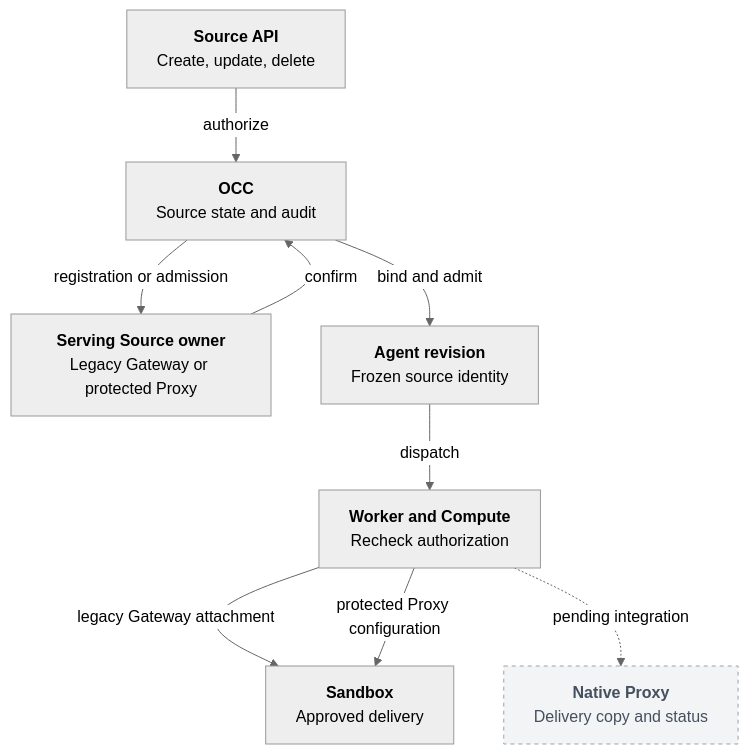
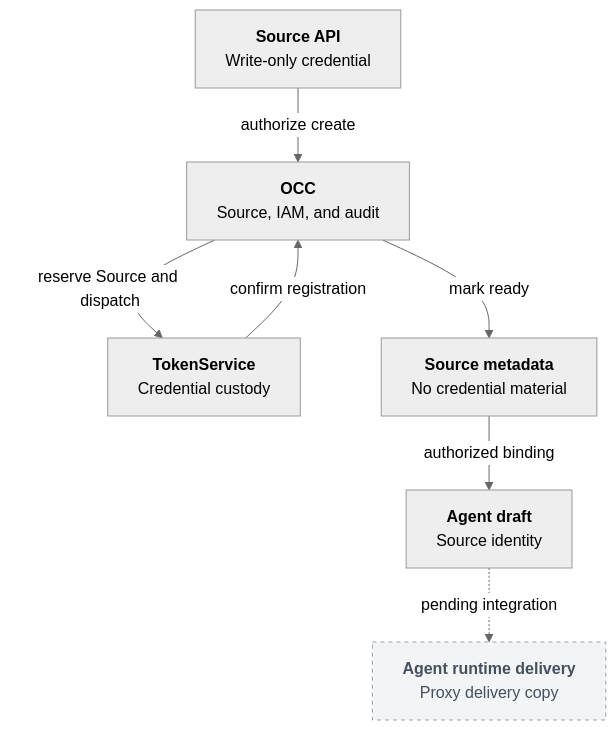
The diagram in docs/flows/credential-source-lifecycle.md (openclaw/openclaw-enterprise), drawn with Mermaid (neutral theme) before and after one commit. The commit also changed other lines of this file and 3 other files, not shown here.

Commit message:
Use TokenService timeout for managed Source registration fence

````diff
--- a/docs/flows/credential-source-lifecycle.md
+++ b/docs/flows/credential-source-lifecycle.md
@@ -23,13 +23,11 @@
 ```mermaid
 graph TD
-  API["<b>Source API</b><br/>Create, update, delete"] -->|authorize| OCC["<b>OCC</b><br/>Source state and audit"]
-  OCC -->|registration or admission| Owner["<b>Serving Source owner</b><br/>Legacy Gateway or protected Proxy"]
-  Owner -->|confirm| OCC
-  OCC -->|bind and admit| Revision["<b>Agent revision</b><br/>Frozen source identity"]
-  Revision -->|dispatch| Worker["<b>Worker and Compute</b><br/>Recheck authorization"]
-  Worker -->|legacy Gateway attachment| Sandbox["<b>Sandbox</b><br/>Approved delivery"]
-  Worker -->|protected Proxy configuration| Sandbox
-  Worker -. pending integration .-> Staged["<b>Native Proxy</b><br/>Delivery copy and status"]
+  API["<b>Source API</b><br/>Write-only credential"] -->|authorize create| OCC["<b>OCC</b><br/>Source, IAM, and audit"]
+  OCC -->|reserve Source and dispatch| Owner["<b>TokenService</b><br/>Credential custody"]
+  Owner -->|confirm registration| OCC
+  OCC -->|mark ready| Source["<b>Source metadata</b><br/>No credential material"]
+  Source -->|authorized binding| Draft["<b>Agent draft</b><br/>Source identity"]
+  Draft -. pending integration .-> Delivery["<b>Agent runtime delivery</b><br/>Proxy delivery copy"]
   classDef pending fill:#F3F4F6,stroke:#98A2AE,color:#44505F,stroke-dasharray:4 4
-  class Staged pending
+  class Delivery pending
 ```
````
